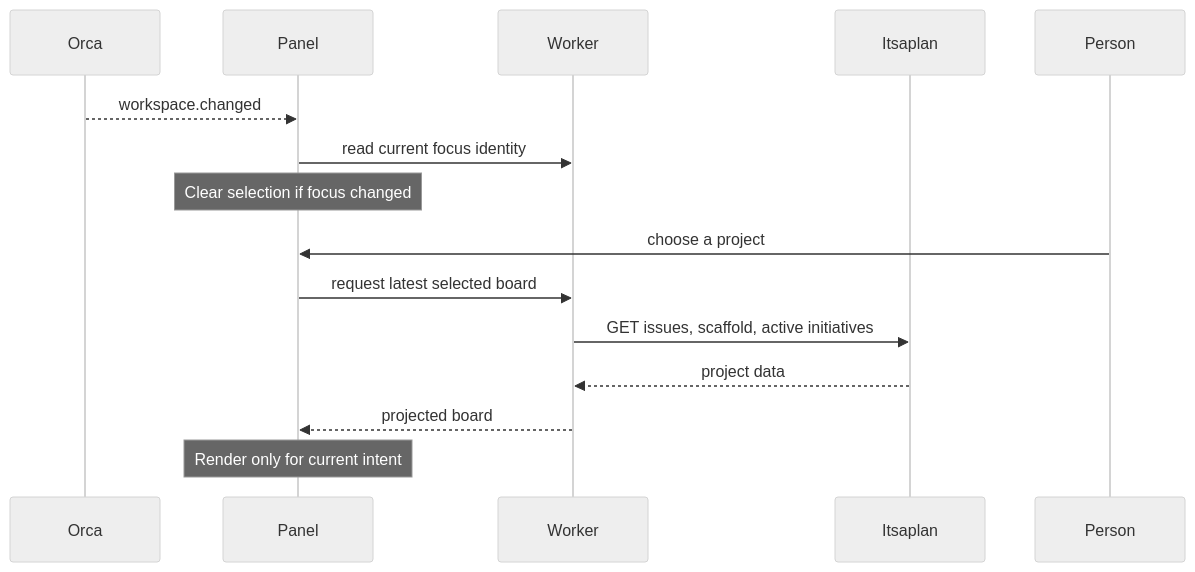
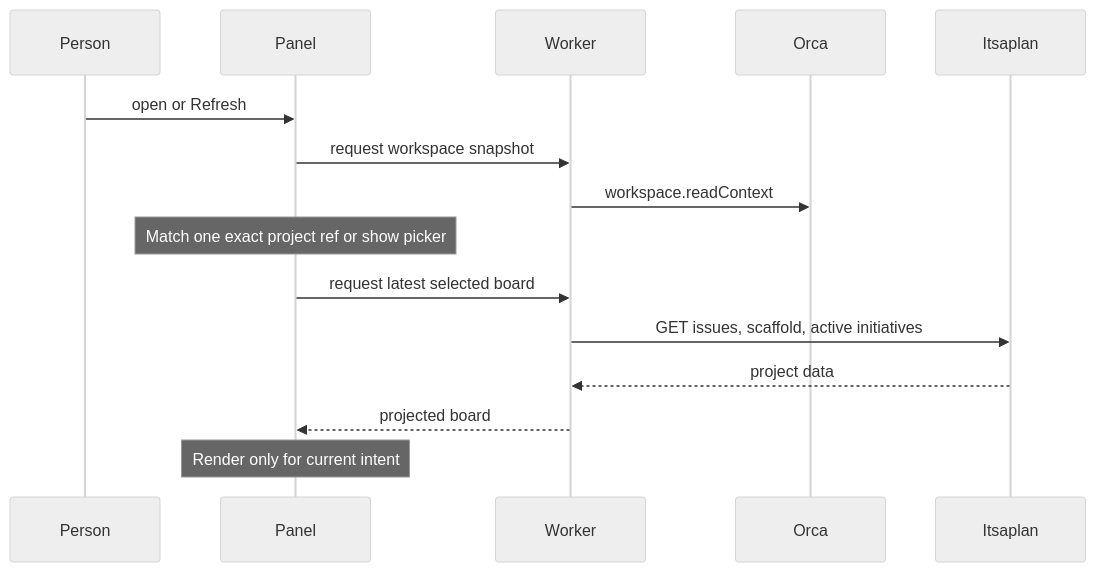
Before and after one commit to sh1ny/orca-itsaplan: the second of 2 diagrams in openspec/changes/itsaplan-panel/design.md, drawn with Mermaid (neutral theme). The commit also changed other lines of this file and 12 other files, not shown here.

First line of the commit message:
fix(itsaplan-panel): check workspace only on open and refresh

````diff
--- a/openspec/changes/itsaplan-panel/design.md
+++ b/openspec/changes/itsaplan-panel/design.md
@@ -69,16 +69,17 @@
 ```mermaid
 sequenceDiagram
-  participant Orca
+  participant Person
   participant Panel
   participant Worker
+  participant Orca
   participant Itsaplan
-  Orca-->>Panel: workspace.changed
-  Panel->>Worker: read current focus identity
-  Note over Panel: Clear selection if focus changed
-  Person->>Panel: choose a project
+  Person->>Panel: open or Refresh
+  Panel->>Worker: request workspace snapshot
+  Worker->>Orca: workspace.readContext
+  Note over Panel: Match one exact project ref or show picker
   Panel->>Worker: request latest selected board
   Worker->>Itsaplan: GET issues, scaffold, active initiatives
   Itsaplan-->>Worker: project data
   Worker-->>Panel: projected board
   Note over Panel: Render only for current intent
 ```
````
